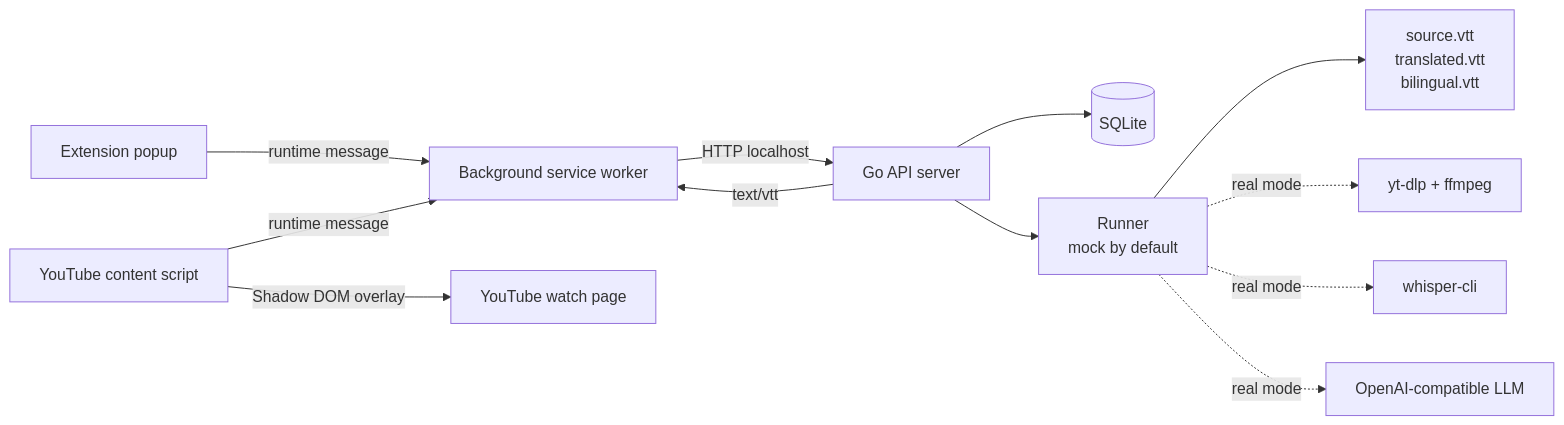
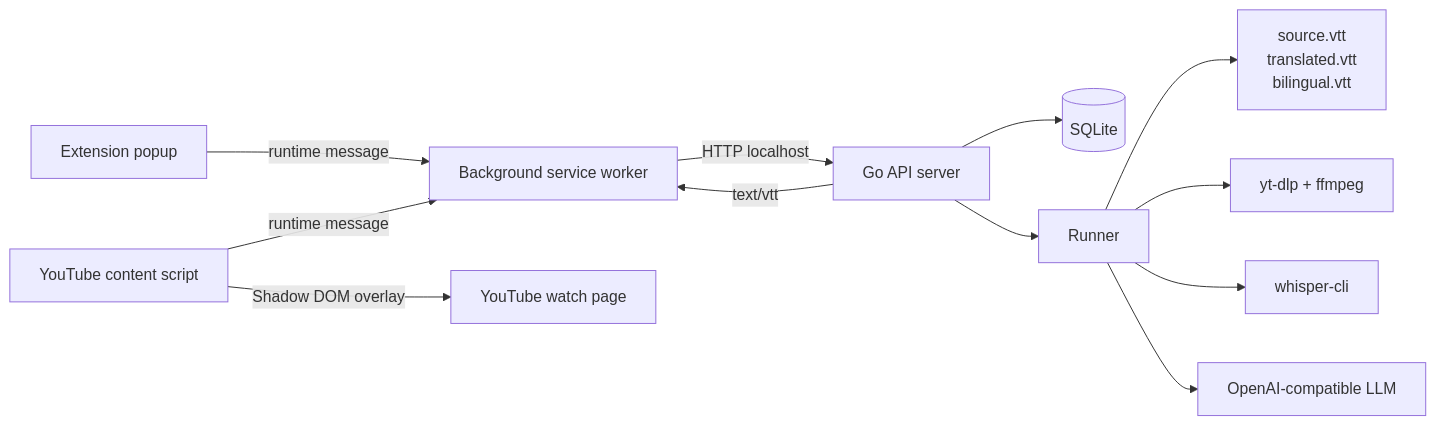
One commit to Insulinocytus/lets-sub-it changed the diagram in README.md. Above: the diagram before and after it, drawn with Mermaid. The commit also changed other lines of this file and 19 other files, not shown here.

Commit message:
refactor(backend): remove mock runner mode

````diff
--- a/README.md
+++ b/README.md
@@ -146,15 +162,15 @@
 ```mermaid
 flowchart LR
   Popup["Extension popup"] -->|"runtime message"| Background["Background service worker"]
   Content["YouTube content script"] -->|"runtime message"| Background
   Background -->|"HTTP localhost"| API["Go API server"]
   API --> Store[("SQLite")]
-  API --> Runner["Runner<br/>mock by default"]
+  API --> Runner["Runner"]
   Runner --> Files["source.vtt<br/>translated.vtt<br/>bilingual.vtt"]
   API -->|"text/vtt"| Background
   Content -->|"Shadow DOM overlay"| Watch["YouTube watch page"]
 
-  Runner -. "real mode" .-> Download["yt-dlp + ffmpeg"]
-  Runner -. "real mode" .-> Whisper["whisper-cli"]
-  Runner -. "real mode" .-> LLM["OpenAI-compatible LLM"]
+  Runner --> Download["yt-dlp + ffmpeg"]
+  Runner --> Whisper["whisper-cli"]
+  Runner --> LLM["OpenAI-compatible LLM"]
 ```
````
